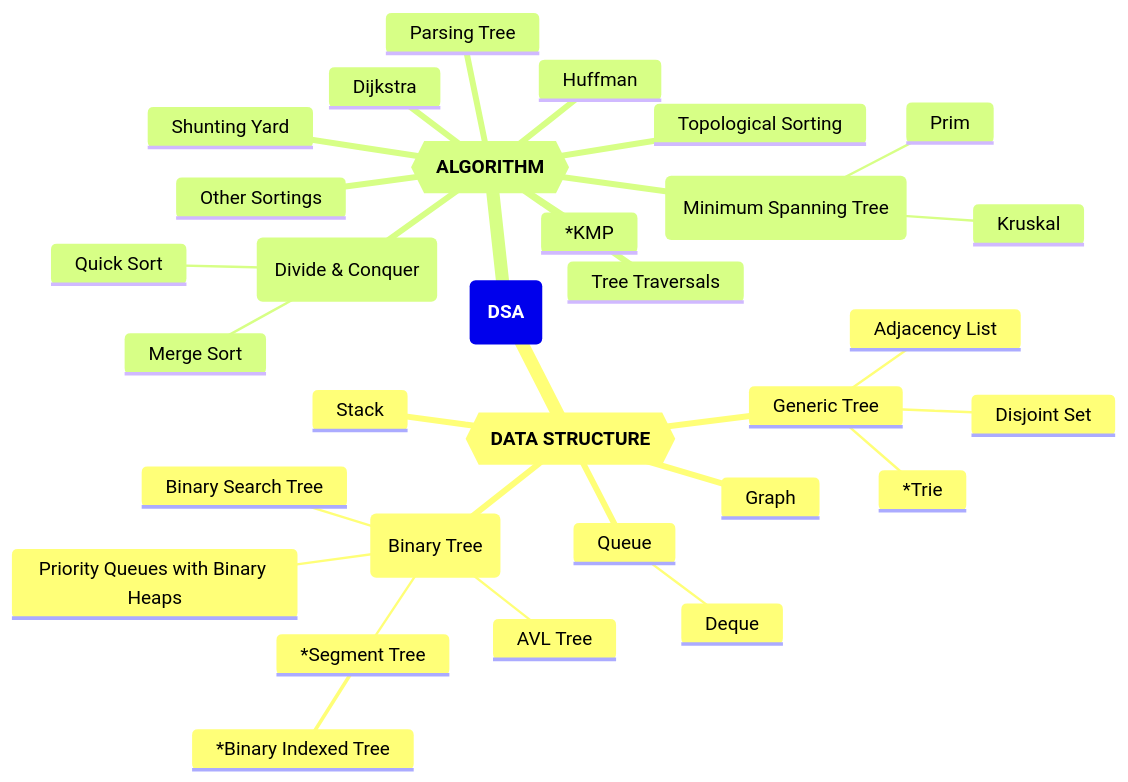
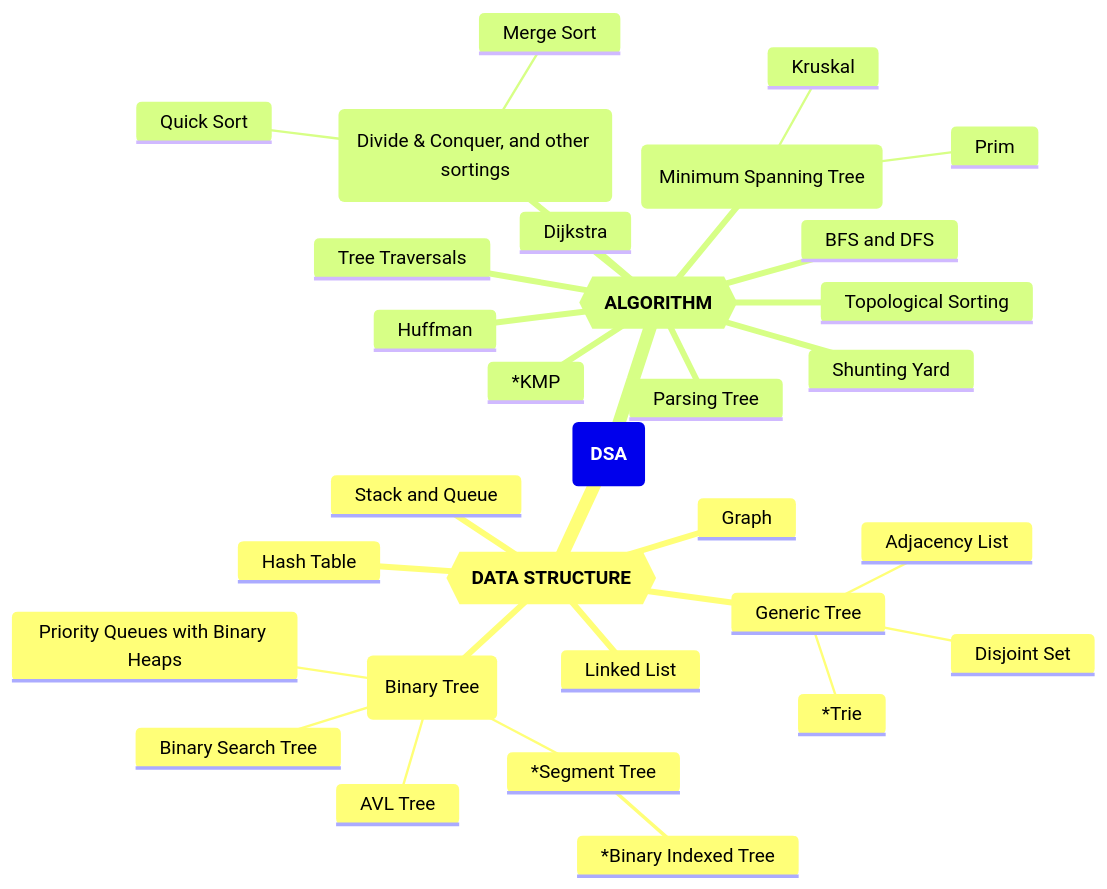
The first of 2 diagrams in dsa_mindmap.md (GMyhf/2024spring-cs201), drawn with Mermaid before and after one commit. The commit also changed other lines of this file, not shown here.

````diff
--- a/dsa_mindmap.md
+++ b/dsa_mindmap.md
@@ -13,35 +13,35 @@
 ```mermaid
 mindmap
   root(**DSA**)
     Structure{{**DATA STRUCTURE**}}
-    	Stack
-    	Queue
-    		Deque
+    	Stack and Queue
+    	Hash Table
+    	Linked List
     	Generic Tree
     		Adjacency List
     		Disjoint Set
     		*Trie
     	Binary Tree(Binary Tree)
     		Priority Queues with Binary Heaps
     		Binary Search Tree
     		AVL Tree
     		*Segment Tree
     			*Binary Indexed Tree
     	Graph
       
     Algorithm{{**ALGORITHM**}}
-    	Other Sortings
-    	DC(Divide & Conquer)
+    	BFS and DFS
+    	DC(Divide & Conquer, and other sortings)
     		Quick Sort
     		Merge Sort
     	Shunting Yard
     	Parsing Tree
     	Tree Traversals
     	Huffman
     	Dijkstra
     	Topological Sorting
     	MST(Minimum Spanning Tree)
     		Prim
     		Kruskal
     	*KMP
 ```
````
